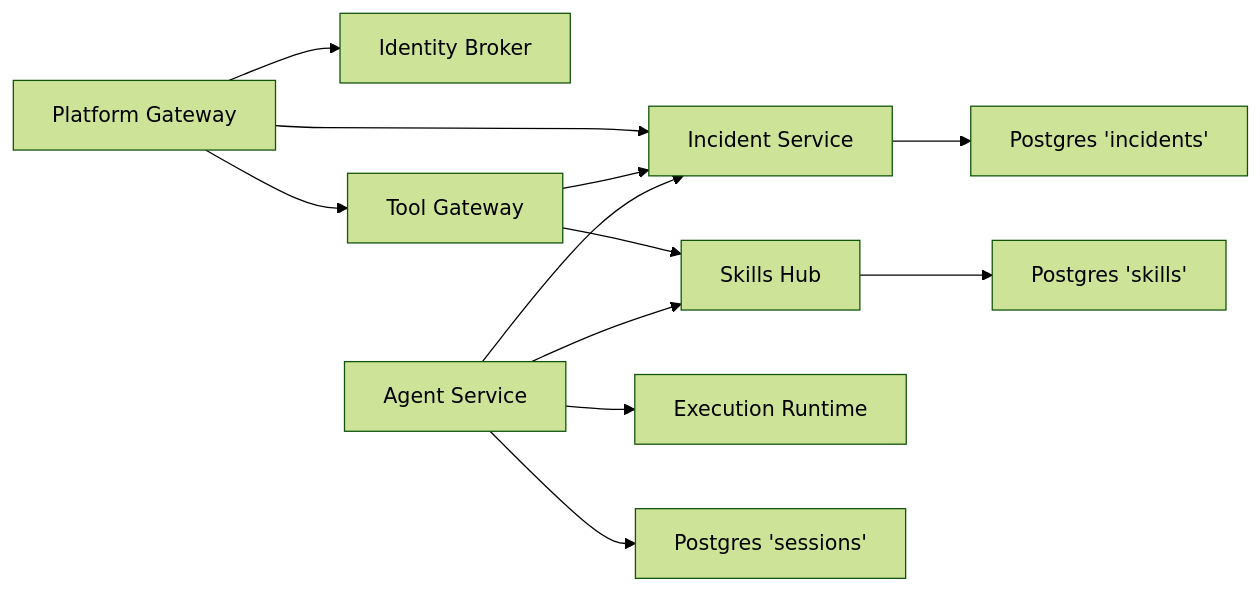
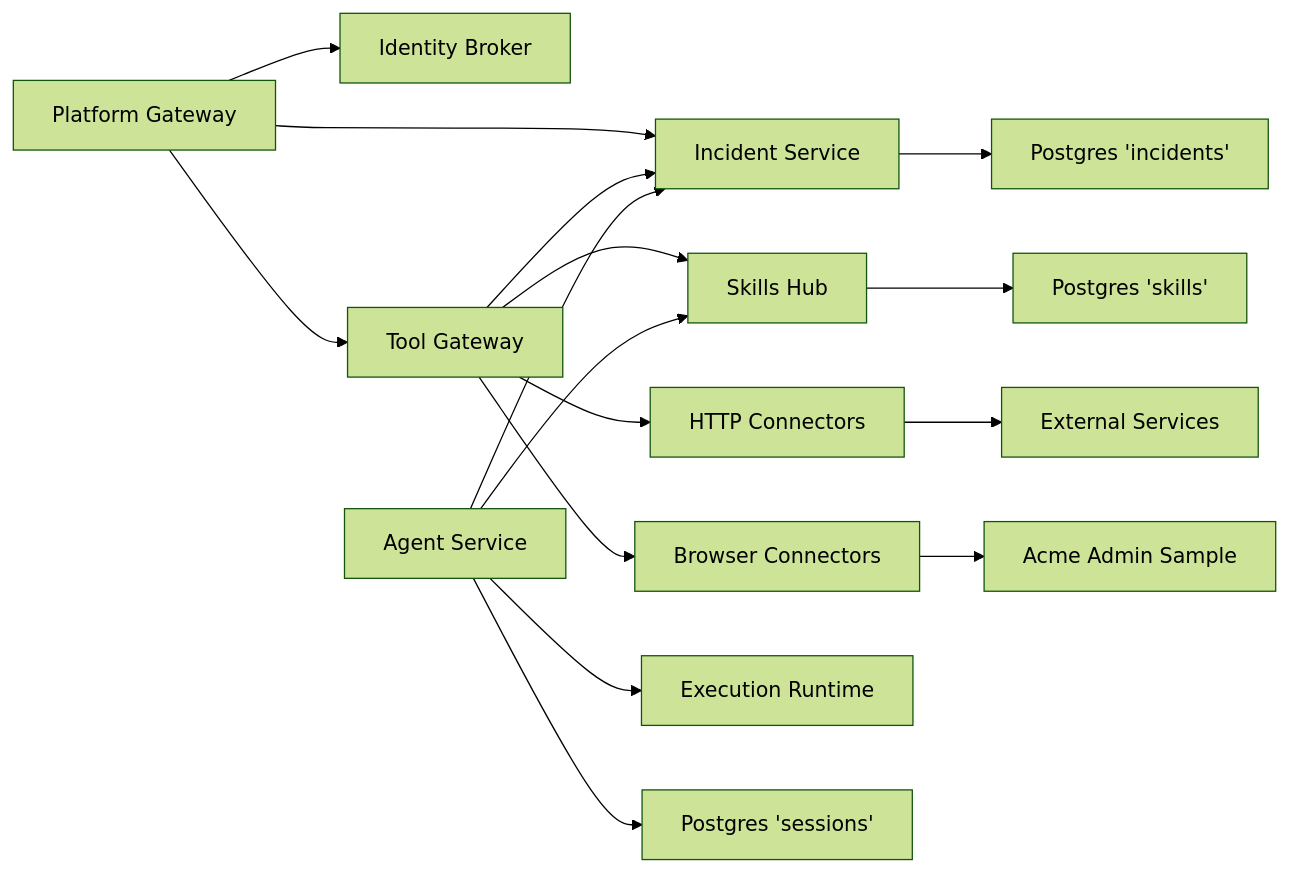
The fourth of 4 diagrams in .qoder/repowiki/en/content/Deployment and Operations/Configuration Management.md (metasync/luban-aiops), drawn with Mermaid (forest theme) before and after one commit. The commit also changed other lines of this file and 102 other files, not shown here.

````diff
--- a/.qoder/repowiki/en/content/Deployment and Operations/Configuration Management.md
+++ b/.qoder/repowiki/en/content/Deployment and Operations/Configuration Management.md
@@ -265,14 +356,18 @@
 ```mermaid
 graph LR
 PGW["Platform Gateway"] --> IB["Identity Broker"]
 PGW --> TG["Tool Gateway"]
 PGW --> IS["Incident Service"]
 TG --> IS
 TG --> SH["Skills Hub"]
+TG --> HTTP["HTTP Connectors"]
+TG --> BROWSER["Browser Connectors"]
 AG["Agent Service"] --> IS
 AG --> SH
 AG --> EXEC["Execution Runtime"]
 IS --> DBI["Postgres 'incidents'"]
 SH --> DBS["Postgres 'skills'"]
 AG --> DBA["Postgres 'sessions'"]
+HTTP --> External["External Services"]
+BROWSER --> ACME["Acme Admin Sample"]
 ```
````
